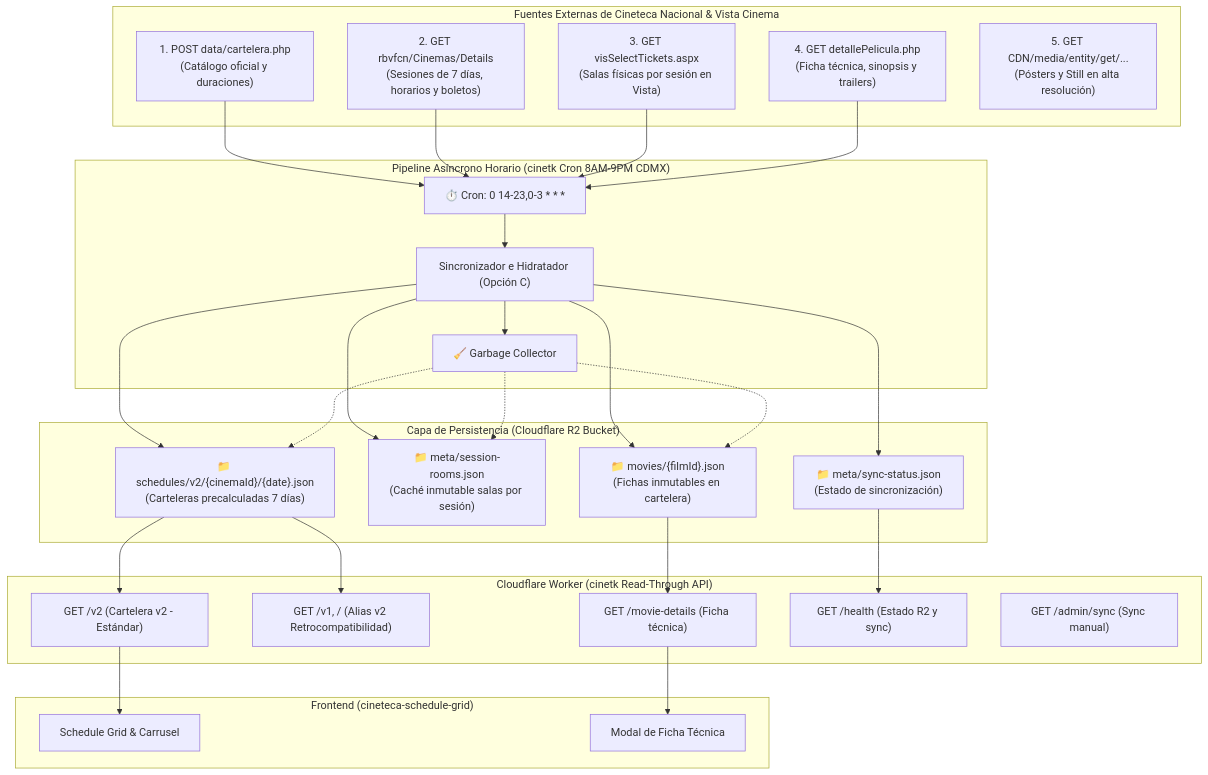
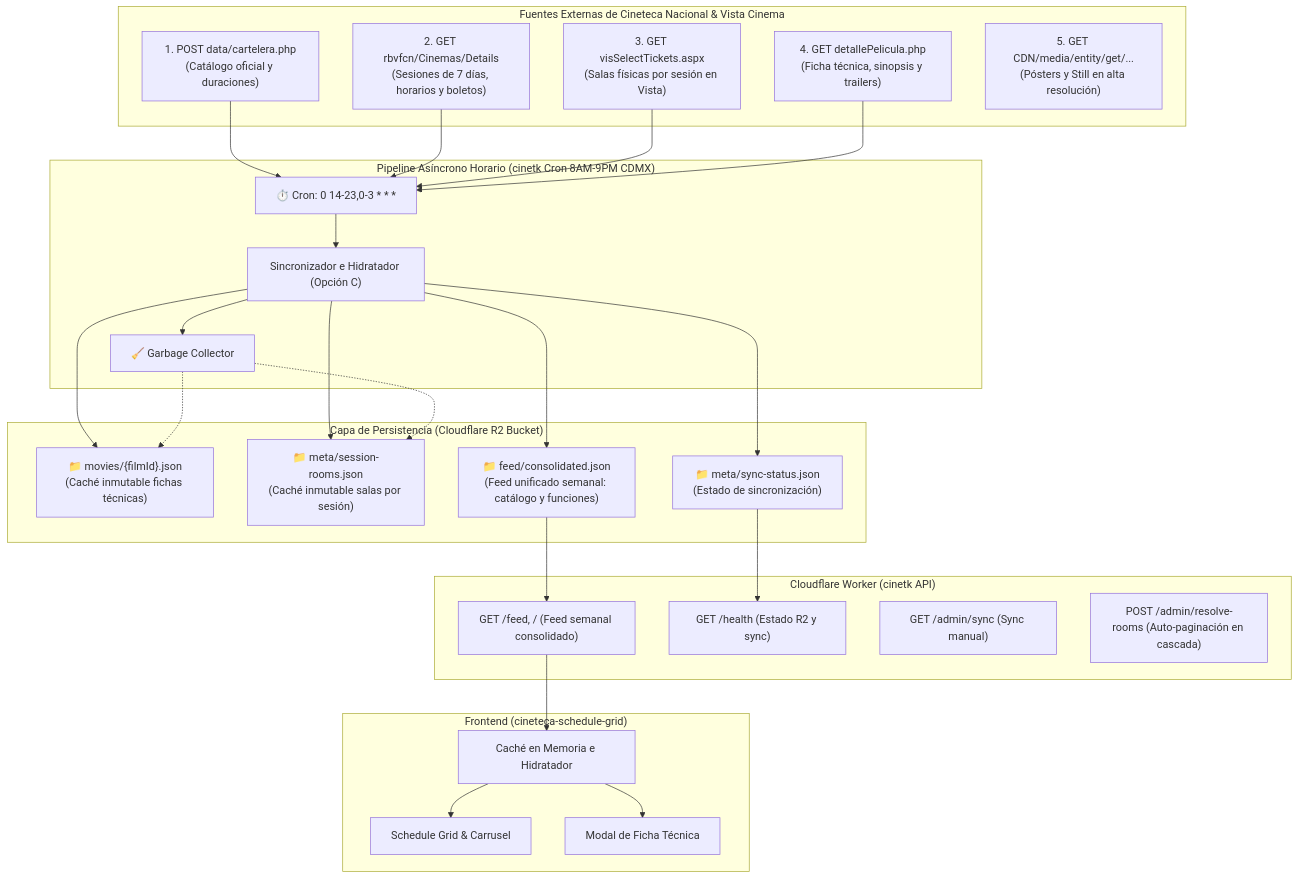
One commit to jjsantos01/cineteca-schedule-grid changed the diagram in worker/DATA.md. Above: the diagram before and after it, drawn with Mermaid. The commit also changed other lines of this file and 22 other files, not shown here.

Commit message:
feat: consolidate movie data into unified feed endpoint with cold start resilience

````diff
--- a/worker/DATA.md
+++ b/worker/DATA.md
@@ -9,47 +9,46 @@
 ```mermaid
 flowchart TD
     subgraph "Fuentes Externas de Cineteca Nacional & Vista Cinema"
         F1["1. POST data/cartelera.php<br>(Catálogo oficial y duraciones)"]
         F2["2. GET rbvfcn/Cinemas/Details<br>(Sesiones de 7 días, horarios y boletos)"]
         F3["3. GET visSelectTickets.aspx<br>(Salas físicas por sesión en Vista)"]
         F4["4. GET detallePelicula.php<br>(Ficha técnica, sinopsis y trailers)"]
         F5["5. GET CDN/media/entity/get/...<br>(Pósters y Still en alta resolución)"]
     end
 
     subgraph "Pipeline Asíncrono Horario (cinetk Cron 8AM-9PM CDMX)"
         Cron["⏱️ Cron: 0 14-23,0-3 * * *"]
         F1 & F2 & F3 & F4 --> Cron
         Cron --> Sync["Sincronizador e Hidratador (Opción C)"]
         Sync --> GC["🧹 Garbage Collector"]
     end
 
     subgraph "Capa de Persistencia (Cloudflare R2 Bucket)"
-        R2_MOV["📁 movies/{filmId}.json<br>(Fichas inmutables en cartelera)"]
+        R2_MOV["📁 movies/{filmId}.json<br>(Caché inmutable fichas técnicas)"]
         R2_SES["📁 meta/session-rooms.json<br>(Caché inmutable salas por sesión)"]
-        R2_SCH["📁 schedules/v2/{cinemaId}/{date}.json<br>(Carteleras precalculadas 7 días)"]
+        R2_FEED["📁 feed/consolidated.json<br>(Feed unificado semanal: catálogo y funciones)"]
         R2_META["📁 meta/sync-status.json<br>(Estado de sincronización)"]
     end
 
-    Sync --> R2_MOV & R2_SES & R2_SCH & R2_META
-    GC -.-> R2_MOV & R2_SES & R2_SCH
+    Sync --> R2_MOV & R2_SES & R2_FEED & R2_META
+    GC -.-> R2_MOV & R2_SES
 
-    subgraph "Cloudflare Worker (cinetk Read-Through API)"
-        W_V2["GET /v2 (Cartelera v2 - Estándar)"]
-        W_V1["GET /v1, / (Alias v2 Retrocompatibilidad)"]
-        W_MD["GET /movie-details (Ficha técnica)"]
+    subgraph "Cloudflare Worker (cinetk API)"
+        W_FEED["GET /feed, / (Feed semanal consolidado)"]
         W_HL["GET /health (Estado R2 y sync)"]
         W_ADM["GET /admin/sync (Sync manual)"]
+        W_RES["POST /admin/resolve-rooms (Auto-paginación en cascada)"]
     end
 
-    R2_SCH --> W_V2 & W_V1
-    R2_MOV --> W_MD
+    R2_FEED --> W_FEED
     R2_META --> W_HL
 
     subgraph "Frontend (cineteca-schedule-grid)"
+        UI_Store["Caché en Memoria e Hidratador"]
         UI_Grid["Schedule Grid & Carrusel"]
         UI_Modal["Modal de Ficha Técnica"]
     end
 
-    W_V2 --> UI_Grid
-    W_MD --> UI_Modal
+    W_FEED --> UI_Store
+    UI_Store --> UI_Grid & UI_Modal
 ```
````
